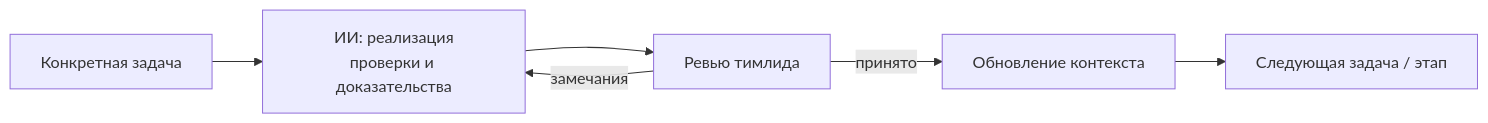
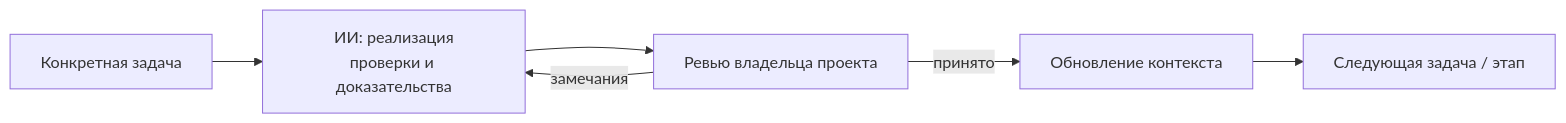
The third of 3 diagrams in README.ru.md (Includeoyasi/faultline-lab), drawn with Mermaid before and after one commit. The commit also changed other lines of this file and 28 other files, not shown here.

````diff
--- a/README.ru.md
+++ b/README.ru.md
@@ -91,8 +93,8 @@
 ```mermaid
 flowchart LR
     T["Конкретная задача"] --> AI["ИИ: реализация<br/>проверки и доказательства"]
-    AI --> R["Ревью тимлида"]
+    AI --> R["Ревью владельца проекта"]
     R -->|замечания| AI
     R -->|принято| C["Обновление контекста"]
     C --> N["Следующая задача / этап"]
 ```
````
